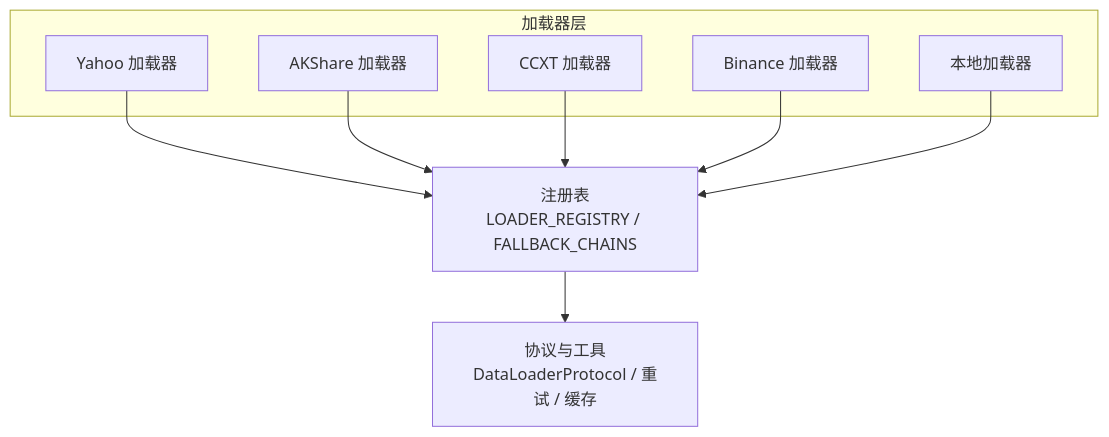
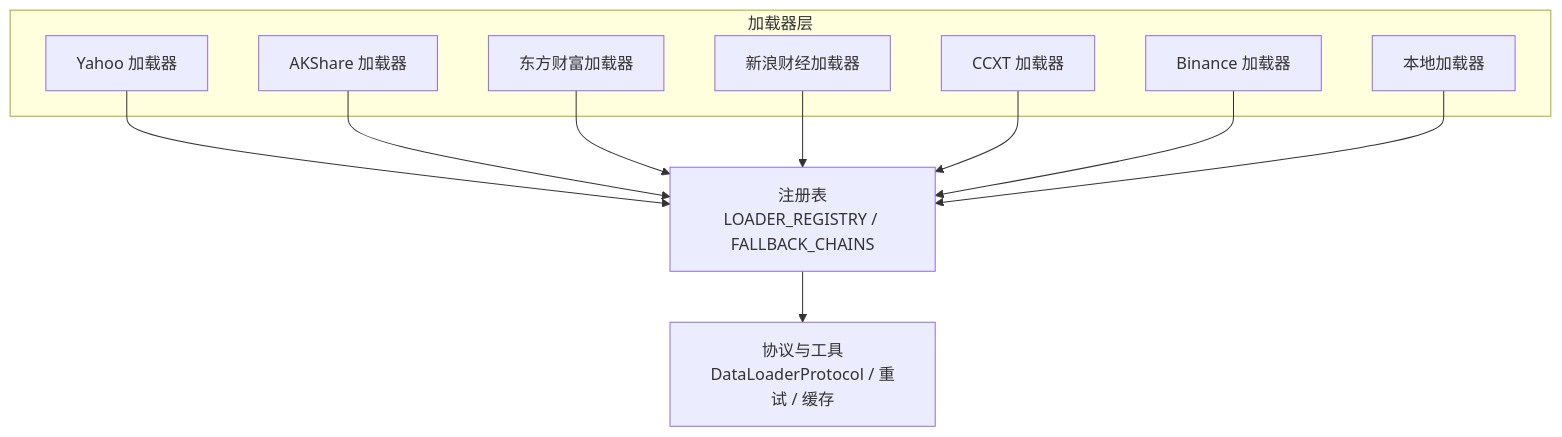
Before and after one commit to 20012002er/Vibe-Trading: the first of 9 diagrams in .qoder/repowiki/zh/content/项目概述/核心功能特性/统一数据管理层/数据源集成架构.md, drawn with Mermaid. The commit also changed other lines of this file and 4 other files, not shown here.

````diff
--- a/.qoder/repowiki/zh/content/项目概述/核心功能特性/统一数据管理层/数据源集成架构.md
+++ b/.qoder/repowiki/zh/content/项目概述/核心功能特性/统一数据管理层/数据源集成架构.md
@@ -43,18 +53,22 @@
 ```mermaid
 graph TB
 subgraph "加载器层"
 YF["Yahoo 加载器"]
 AK["AKShare 加载器"]
+EM["东方财富加载器"]
+SINA["新浪财经加载器"]
 CCXT["CCXT 加载器"]
 BIN["Binance 加载器"]
 LOC["本地加载器"]
 end
 REG["注册表<br/>LOADER_REGISTRY / FALLBACK_CHAINS"]
 BASE["协议与工具<br/>DataLoaderProtocol / 重试 / 缓存"]
 YF --> REG
 AK --> REG
+EM --> REG
+SINA --> REG
 CCXT --> REG
 BIN --> REG
 LOC --> REG
 REG --> BASE
 ```
````
